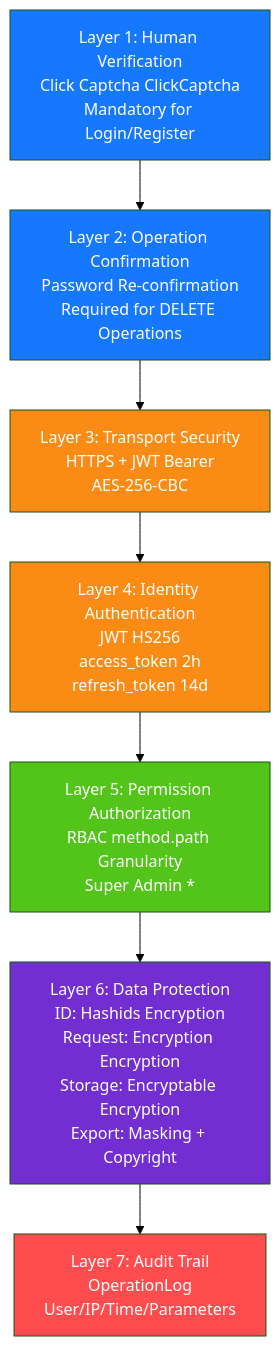
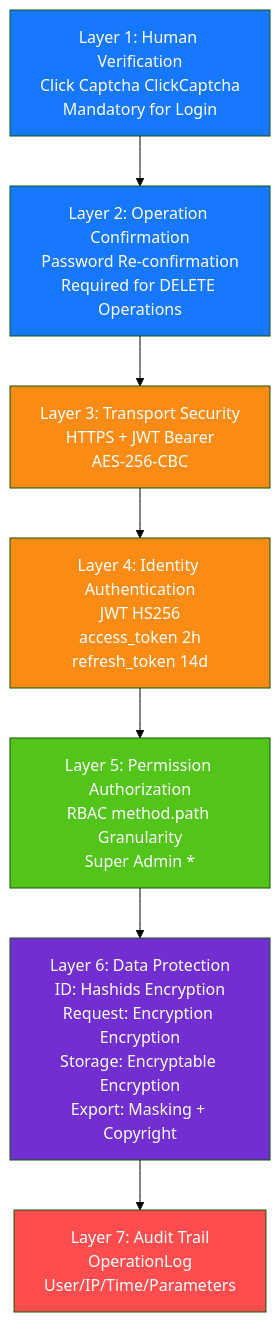
The diagram in docs/diagrams/11-security-defense.en.md (erikwang2013/open-admin), drawn with Mermaid (forest theme) before and after one commit. The commit also changed 115 other files, not shown here.

First line of the commit message:
功能：新增项目宠物「小安」、站点首页与手写 SVG 设计图集；全部文档对齐代码

````diff
--- a/docs/diagrams/11-security-defense.en.md
+++ b/docs/diagrams/11-security-defense.en.md
@@ -7,20 +7,20 @@
 ```mermaid
 flowchart TB
-    l1["Layer 1: Human Verification<br/>Click Captcha ClickCaptcha<br/>Mandatory for Login/Register"]
+    l1["Layer 1: Human Verification<br/>Click Captcha ClickCaptcha<br/>Mandatory for Login"]
     l2["Layer 2: Operation Confirmation<br/>Password Re-confirmation<br/>Required for DELETE Operations"]
     l3["Layer 3: Transport Security<br/>HTTPS + JWT Bearer<br/>AES-256-CBC"]
     l4["Layer 4: Identity Authentication<br/>JWT HS256<br/>access_token 2h<br/>refresh_token 14d"]
     l5["Layer 5: Permission Authorization<br/>RBAC method.path Granularity<br/>Super Admin *"]
     l6["Layer 6: Data Protection<br/>ID: Hashids Encryption<br/>Request: Encryption Encryption<br/>Storage: Encryptable Encryption<br/>Export: Masking + Copyright"]
     l7["Layer 7: Audit Trail<br/>OperationLog<br/>User/IP/Time/Parameters"]
 
     l1 --> l2 --> l3 --> l4 --> l5 --> l6 --> l7
 
     style l1 fill:#1677FF,color:#fff
     style l2 fill:#1677FF,color:#fff
     style l3 fill:#FA8C16,color:#fff
     style l4 fill:#FA8C16,color:#fff
     style l5 fill:#52C41A,color:#fff
     style l6 fill:#722ED1,color:#fff
     style l7 fill:#FF4D4F,color:#fff
 ```
````
